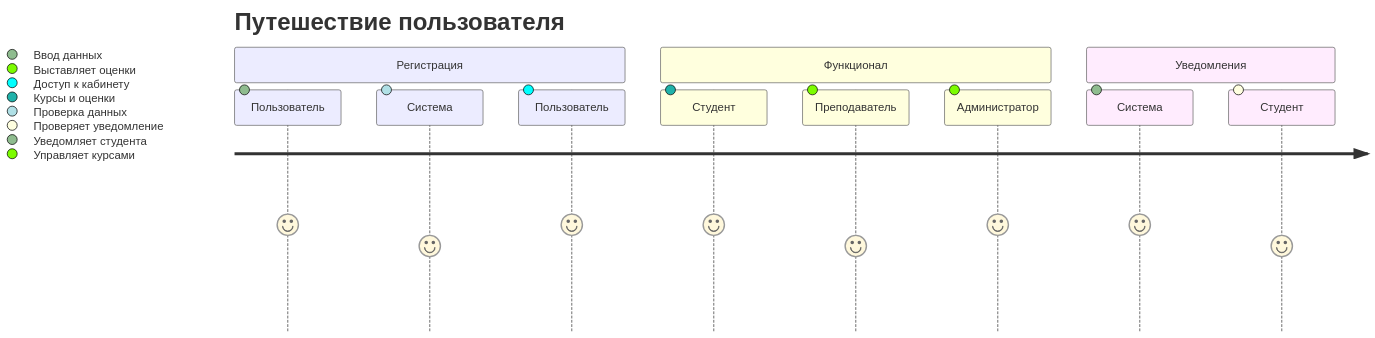
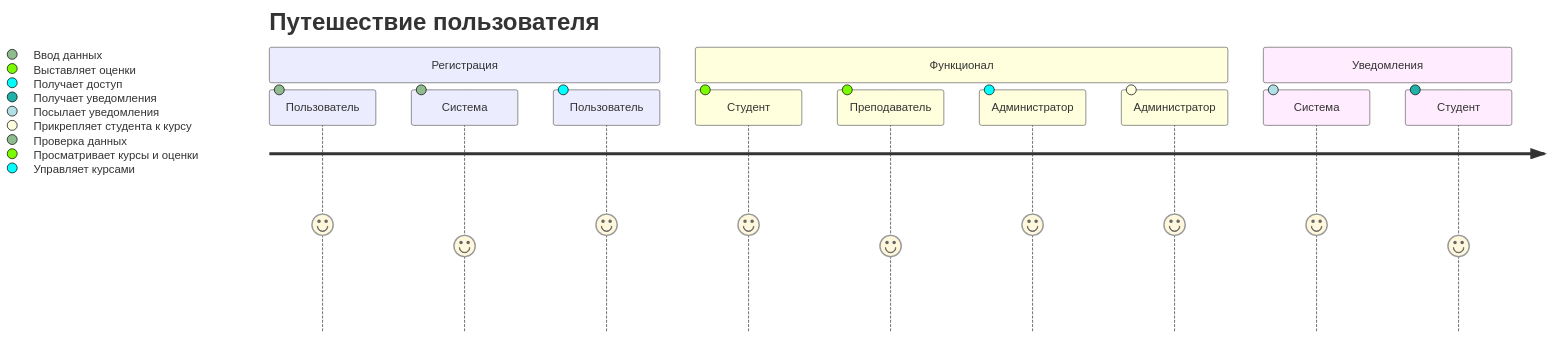
One commit to nikno8/mermaid-practice changed the second of 4 diagrams in README.md. Above: the diagram before and after it, drawn with Mermaid.

````diff
--- a/README.md
+++ b/README.md
@@ -42,17 +42,18 @@
 ```mermaid
 %%{init: {"themeVariables": {"journeySectionFontSize": "10px", "journeyFontSize": "12px", "journeyMargin": "20px"}}}%%
 journey
   title Путешествие пользователя
   section Регистрация
     Пользователь: 5: Ввод данных
     Система: 4: Проверка данных
-    Пользователь: 5: Доступ к кабинету
+    Пользователь: 5: Получает доступ
   section Функционал
-    Студент: 5: Курсы и оценки
+    Студент: 5: Просматривает курсы и оценки
     Преподаватель: 4: Выставляет оценки
     Администратор: 5: Управляет курсами
+    Администратор: 5: Прикрепляет студента к курсу
   section Уведомления
-    Система: 5: Уведомляет студента
-    Студент: 4: Проверяет уведомление
+    Система: 5: Посылает уведомления
+    Студент: 4: Получает уведомления
 
 ```
````
